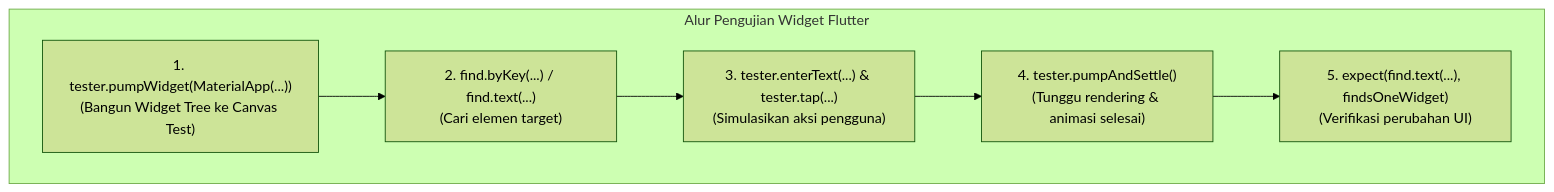
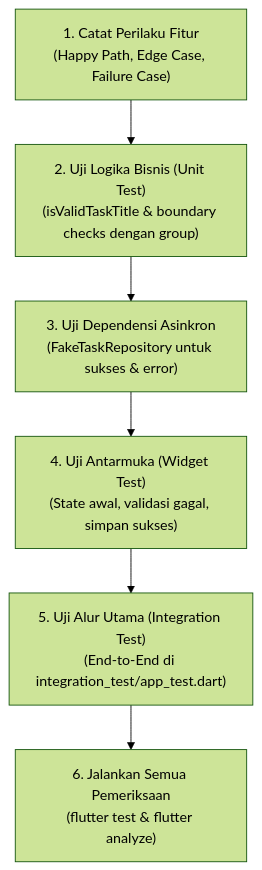
Before and after one commit to FadhilTaufiqurrachman/244107020090-Mobile-Course: the third of 3 diagrams in 12-Week-12-Testing-Quality-Assurance/README.md, drawn with Mermaid (forest theme). The commit also changed other lines of this file and 7 other files, not shown here.

Commit message:
docs(week-12): complete test coverage, task specification, and reflection report

````diff
--- a/12-Week-12-Testing-Quality-Assurance/README.md
+++ b/12-Week-12-Testing-Quality-Assurance/README.md
@@ -388,9 +561,8 @@
 ```mermaid
 flowchart TD
-    subgraph Alur Pengujian Widget Flutter
-        Pump["1. tester.pumpWidget(MaterialApp(...))\n(Bangun Widget Tree ke Canvas Test)"] --> Find["2. find.byKey(...) / find.text(...)\n(Cari elemen target)"]
-        Find --> Interact["3. tester.enterText(...) & tester.tap(...)\n(Simulasikan aksi pengguna)"]
-        Interact --> Settle["4. tester.pumpAndSettle()\n(Tunggu rendering & animasi selesai)"]
-        Settle --> Assert["5. expect(find.text(...), findsOneWidget)\n(Verifikasi perubahan UI)"]
-    end
+    S1["1. Catat Perilaku Fitur\n(Happy Path, Edge Case, Failure Case)"] --> S2["2. Uji Logika Bisnis (Unit Test)\n(isValidTaskTitle & boundary checks dengan group)"]
+    S2 --> S3["3. Uji Dependensi Asinkron\n(FakeTaskRepository untuk sukses & error)"]
+    S3 --> S4["4. Uji Antarmuka (Widget Test)\n(State awal, validasi gagal, simpan sukses)"]
+    S4 --> S5["5. Uji Alur Utama (Integration Test)\n(End-to-End di integration_test/app_test.dart)"]
+    S5 --> S6["6. Jalankan Semua Pemeriksaan\n(flutter test & flutter analyze)"]
 ```
````
